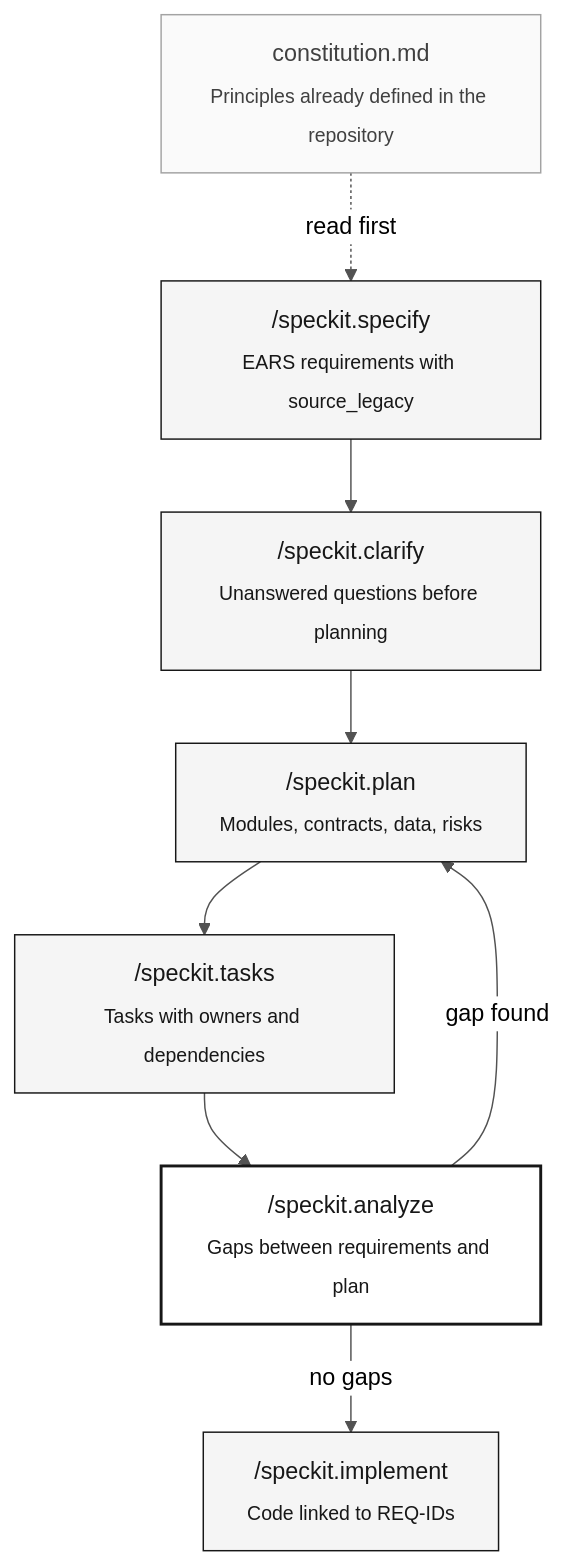
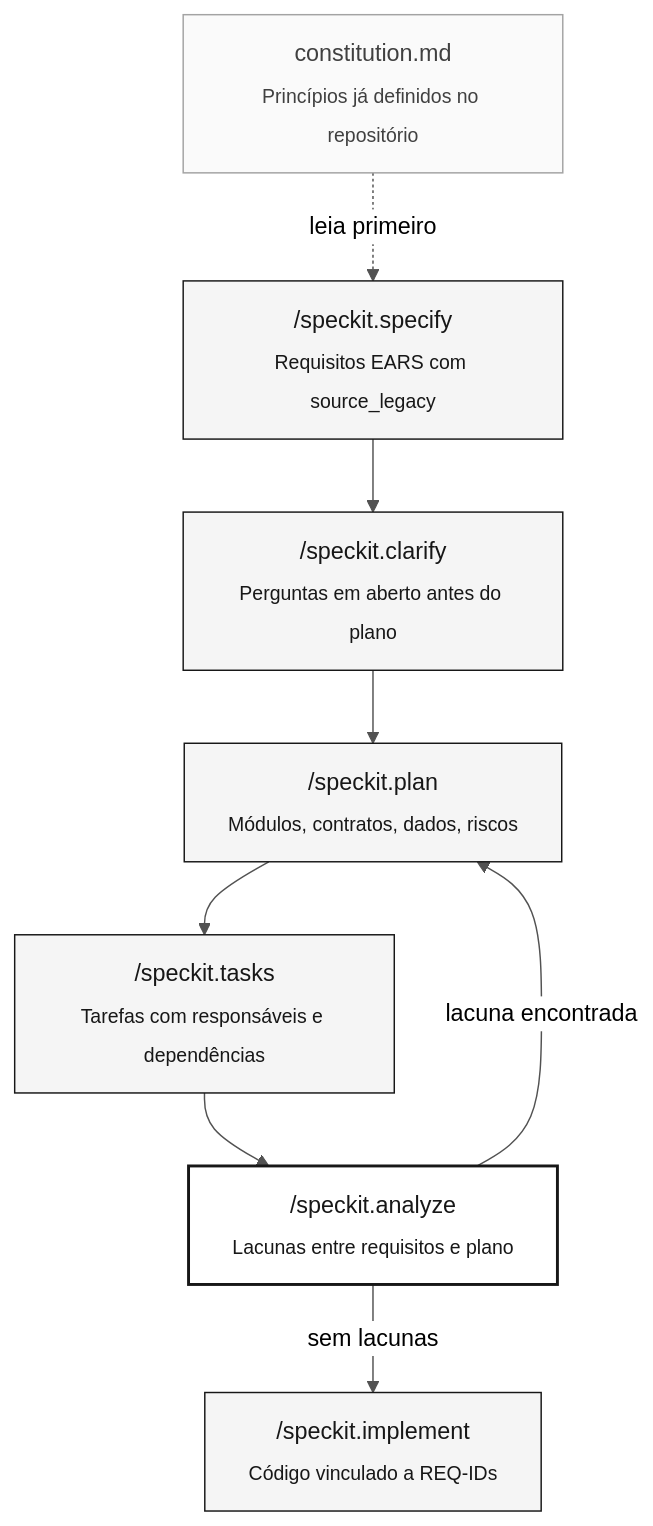
Before and after one commit to paulasilvatech/datacorp-sifap-team-kit-pt-br: the diagram in 07-concepts/01-spec-driven-development.md, drawn with Mermaid. The commit also changed other lines of this file and 361 other files, not shown here.

````diff
--- a/07-concepts/01-spec-driven-development.md
+++ b/07-concepts/01-spec-driven-development.md
@@ -43,20 +43,20 @@
 ```mermaid
 %%{init: {'theme':'neutral','themeVariables':{'fontFamily':'ui-sans-serif, system-ui, sans-serif','primaryColor':'#F5F5F5','primaryTextColor':'#171717','primaryBorderColor':'#171717','lineColor':'#525252','secondaryColor':'#FFFFFF','tertiaryColor':'#FAFAFA','background':'#FFFFFF'}}}%%
 flowchart TD
     classDef step fill:#F5F5F5,stroke:#171717,color:#171717
     classDef gate fill:#FFFFFF,stroke:#171717,color:#171717,stroke-width:2px
     classDef muted fill:#FAFAFA,stroke:#A3A3A3,color:#404040
 
-    A["/speckit.specify<br/><sub>EARS requirements with source_legacy</sub>"]:::step
-    B["/speckit.clarify<br/><sub>Unanswered questions before planning</sub>"]:::step
-    C["/speckit.plan<br/><sub>Modules, contracts, data, risks</sub>"]:::step
-    D["/speckit.tasks<br/><sub>Tasks with owners and dependencies</sub>"]:::step
-    E["/speckit.analyze<br/><sub>Gaps between requirements and plan</sub>"]:::gate
-    F["/speckit.implement<br/><sub>Code linked to REQ-IDs</sub>"]:::step
-    G["constitution.md<br/><sub>Principles already defined in the repository</sub>"]:::muted
+    A["/speckit.specify<br/><sub>Requisitos EARS com source_legacy</sub>"]:::step
+    B["/speckit.clarify<br/><sub>Perguntas em aberto antes do plano</sub>"]:::step
+    C["/speckit.plan<br/><sub>Módulos, contratos, dados, riscos</sub>"]:::step
+    D["/speckit.tasks<br/><sub>Tarefas com responsáveis e dependências</sub>"]:::step
+    E["/speckit.analyze<br/><sub>Lacunas entre requisitos e plano</sub>"]:::gate
+    F["/speckit.implement<br/><sub>Código vinculado a REQ-IDs</sub>"]:::step
+    G["constitution.md<br/><sub>Princípios já definidos no repositório</sub>"]:::muted
 
-    G -. "read first" .-> A
+    G -. "leia primeiro" .-> A
     A --> B --> C --> D --> E
-    E -- "no gaps" --> F
-    E -- "gap found" --> C
+    E -- "sem lacunas" --> F
+    E -- "lacuna encontrada" --> C
 ```
````
